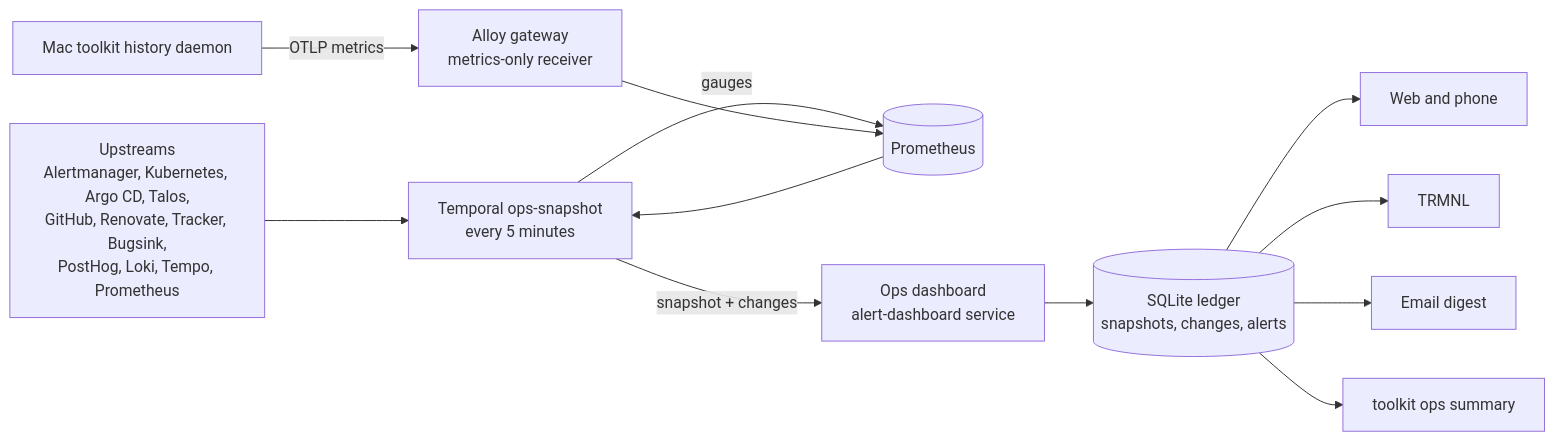
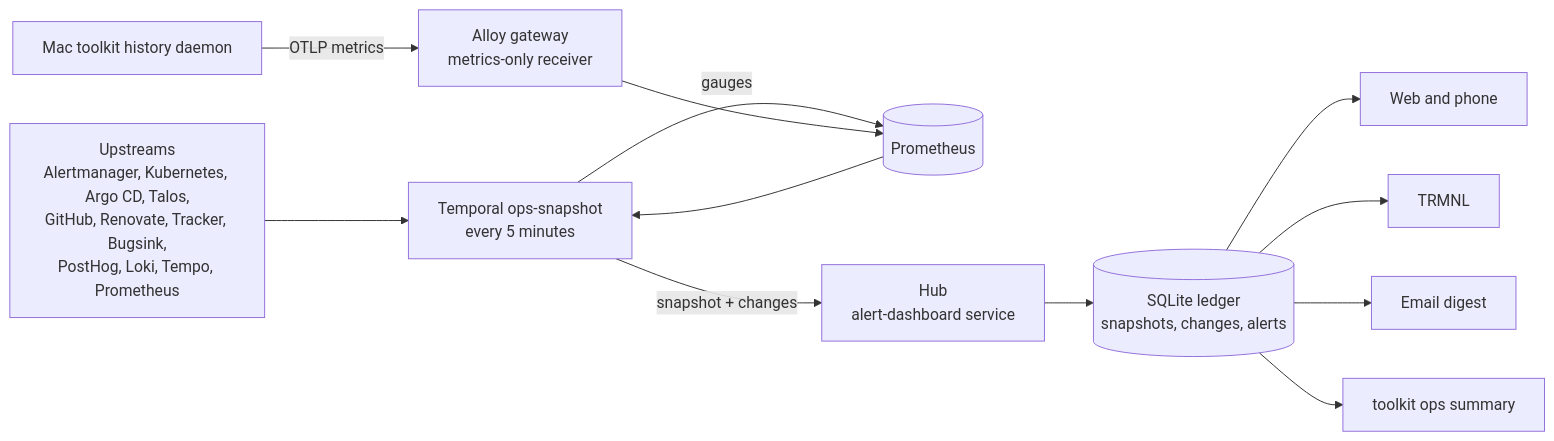
One commit to shepherdjerred/monorepo changed the diagram in packages/docs/wiki/src/content/docs/explanation/homelab/operations-overview.md. Above: the diagram before and after it, drawn with Mermaid. The commit also changed other lines of this file and 28 other files, not shown here.

````diff
--- a/packages/docs/wiki/src/content/docs/explanation/homelab/operations-overview.md
+++ b/packages/docs/wiki/src/content/docs/explanation/homelab/operations-overview.md
@@ -30,28 +30,28 @@
 ```mermaid
 flowchart LR
   accTitle: Operations overview data flow
-  accDescr: A Temporal schedule collects every upstream into one snapshot and posts it to the ops dashboard, which stores it in SQLite. The web UI, TRMNL, the email digest, and the toolkit CLI read that snapshot. The Mac pushes AI usage metrics to Prometheus through the Alloy gateway, and the collector reads them back from Prometheus.
+  accDescr: A Temporal schedule collects every upstream into one snapshot and posts it to Hub, which stores it in SQLite. The web UI, TRMNL, the email digest, and the toolkit CLI read that snapshot. The Mac pushes AI usage metrics to Prometheus through the Alloy gateway, and the collector reads them back from Prometheus.
 
   SRC[Upstreams\nAlertmanager, Kubernetes, Argo CD, Talos,\nGitHub, Renovate, Tracker, Bugsink,\nPostHog, Loki, Tempo, Prometheus]
   TEMPORAL[Temporal ops-snapshot\nevery 5 minutes]
   PROM[(Prometheus)]
-  DASH[Ops dashboard\nalert-dashboard service]
+  DASH[Hub\nalert-dashboard service]
   DB[(SQLite ledger\nsnapshots, changes, alerts)]
   MAC[Mac toolkit history daemon]
   ALLOY[Alloy gateway\nmetrics-only receiver]
   WEB[Web and phone]
   TRMNL[TRMNL]
   MAIL[Email digest]
   CLI[toolkit ops summary]
 
   SRC --> TEMPORAL
   TEMPORAL -->|gauges| PROM
   TEMPORAL -->|snapshot + changes| DASH
   DASH --> DB
   MAC -->|OTLP metrics| ALLOY --> PROM
   PROM --> TEMPORAL
   DB --> WEB
   DB --> TRMNL
   DB --> MAIL
   DB --> CLI
 ```
````
